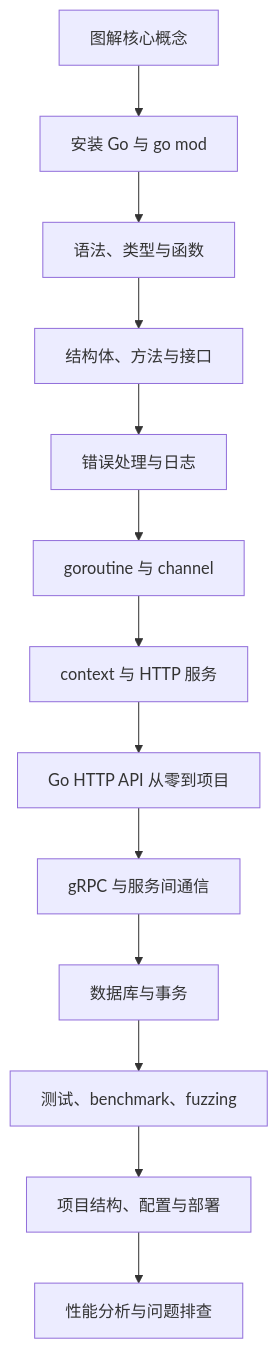
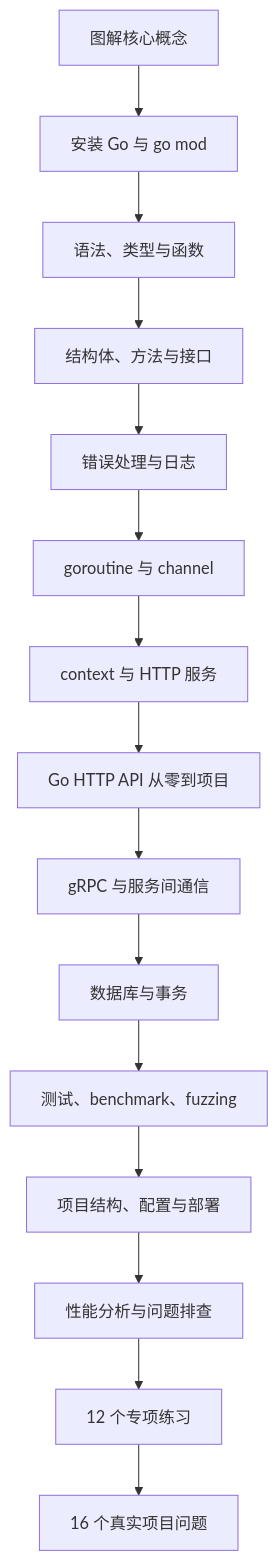
Before and after one commit to yokry-he/yok-study-web: the first of 2 diagrams in docs/go/introduction.md, drawn with Mermaid. The commit also changed other lines of this file and 277 other files, not shown here.

````diff
--- a/docs/go/introduction.md
+++ b/docs/go/introduction.md
@@ -29,15 +29,17 @@
 ```mermaid
 flowchart TD
   A[图解核心概念] --> B[安装 Go 与 go mod]
   B --> C[语法、类型与函数]
   C --> D[结构体、方法与接口]
   D --> E[错误处理与日志]
   E --> F[goroutine 与 channel]
   F --> G[context 与 HTTP 服务]
   G --> H[Go HTTP API 从零到项目]
   H --> I[gRPC 与服务间通信]
   I --> J[数据库与事务]
   J --> K[测试、benchmark、fuzzing]
   K --> L[项目结构、配置与部署]
   L --> M[性能分析与问题排查]
+  M --> N[12 个专项练习]
+  N --> O[16 个真实项目问题]
 ```
````
